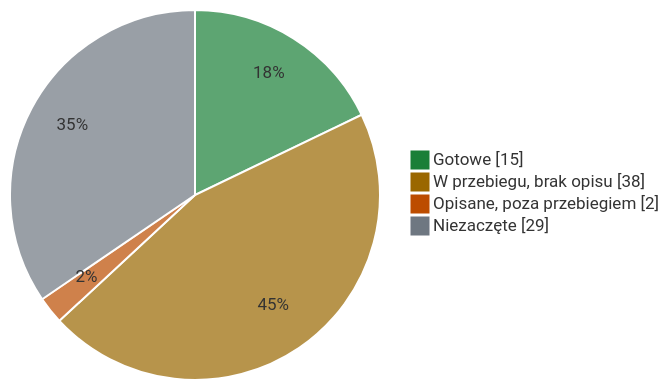
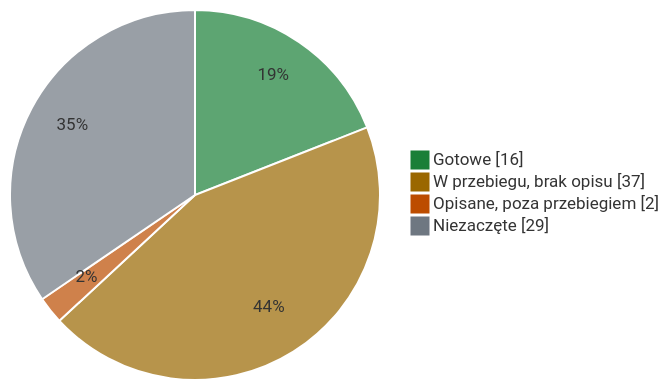
One commit to slayerlabs/benchmarks-fabryka-ai changed the diagram in research/STATUS.md. Above: the diagram before and after it, drawn with Mermaid. The commit also changed other lines of this file and 5 other files, not shown here.

````diff
--- a/research/STATUS.md
+++ b/research/STATUS.md
@@ -14,8 +14,8 @@
 ```mermaid
 %%{init: {'theme': 'base', 'themeVariables': {'pie1': '#1a7f37', 'pie2': '#9a6700', 'pie3': '#bc4c00', 'pie4': '#6e7781', 'pieStrokeColor': '#ffffff', 'pieOuterStrokeWidth': '0px'}}}%%
 pie showData
-    "Gotowe" : 15
-    "W przebiegu, brak opisu" : 38
+    "Gotowe" : 16
+    "W przebiegu, brak opisu" : 37
     "Opisane, poza przebiegiem" : 2
     "Niezaczęte" : 29
 ```
````
